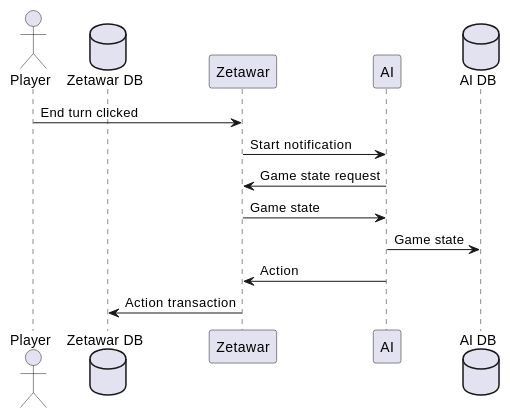
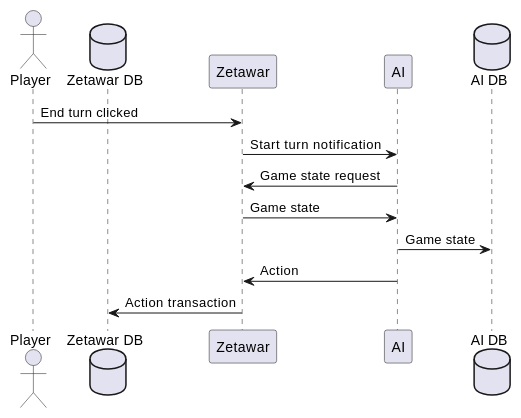
One commit to djwhitt/madison-clojure-zetawar-evolution-2017 changed the second of 3 diagrams in slides.org. Above: the diagram before and after it, drawn with PlantUML.

Commit message:
Diagram tweak

```diff
--- a/slides.org
+++ b/slides.org
@@ -255,14 +255,14 @@
   #+BEGIN_SRC plantuml :file images/new_ai_sequence.png
   actor Player
   database "Zetawar DB"
   participant Zetawar
   participant AI
   database "AI DB"
   Player -> Zetawar: End turn clicked
-  Zetawar -> AI: Start notification
+  Zetawar -> AI: Start turn notification
   Zetawar <- AI: Game state request
   Zetawar -> AI: Game state
   AI -> "AI DB": Game state
   Zetawar <- AI: Action
   Zetawar -> "Zetawar DB": Action transaction
   #+END_SRC
```
